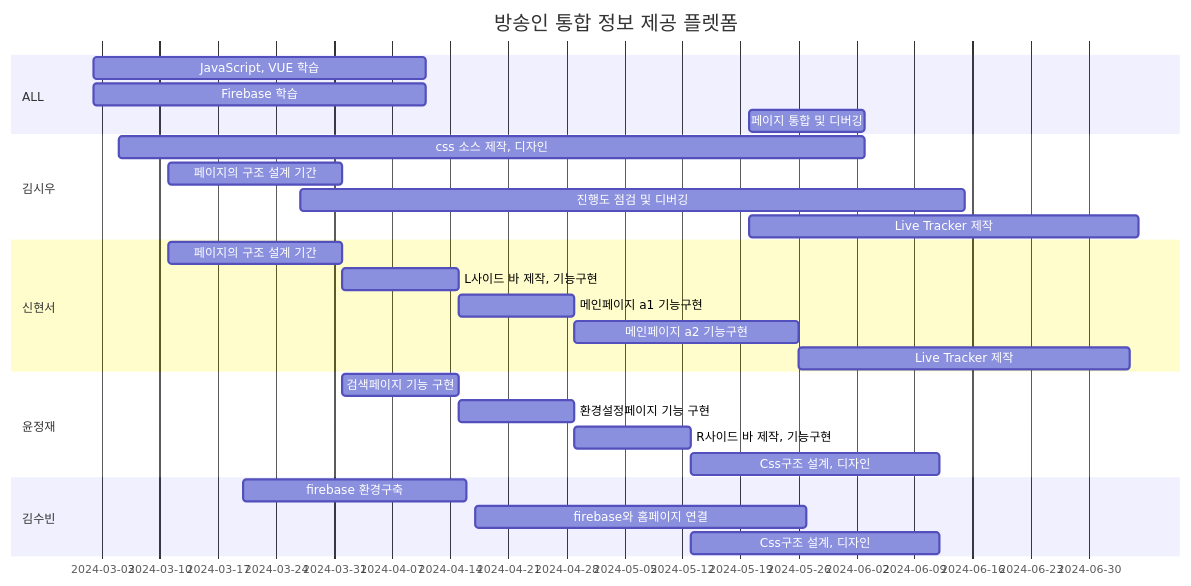
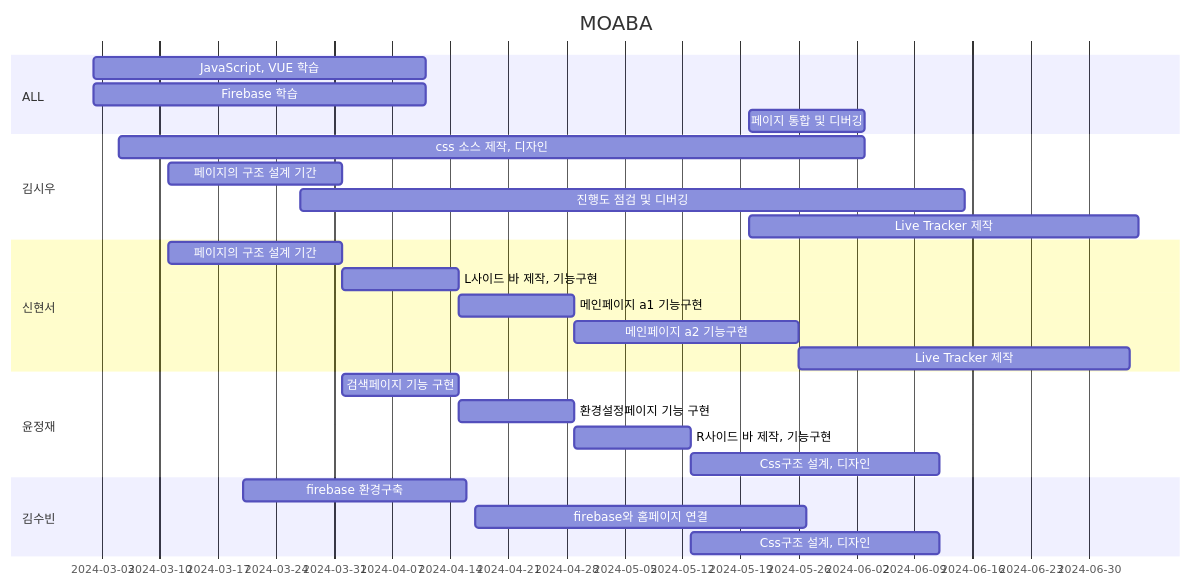
Before and after one commit to kimsiwoo12/kimsiwoo12: the diagram in README.md, drawn with Mermaid. The commit also changed other lines of this file, not shown here.

````diff
--- a/README.md
+++ b/README.md
@@ -8,34 +8,34 @@
 ```mermaid
 gantt
-    title 방송인 통합 정보 제공 플렛폼
+    title MOABA
     dateFormat  YYYY-MM-DD
 
     section ALL
     JavaScript, VUE 학습     :a1, 2024-03-02, 40d
     Firebase 학습            :a2, 2024-03-02, 40d
     페이지 통합 및 디버깅    :a3, 2024-05-20, 14d
 
     section 김시우
     css 소스 제작, 디자인    :a1, 2024-03-05, 90d
     페이지의 구조 설계 기간  :a2, 2024-03-11, 21d
     진행도 점검 및 디버깅    :a3, 2024-03-27, 80d
     Live Tracker 제작        :a4, 2024-05-20, 47d
 
     section 신현서
     페이지의 구조 설계 기간     :a1, 2024-03-11, 21d
     L사이드 바 제작, 기능구현   :a2, 2024-04-01, 14d
     메인페이지 a1 기능구현      :a3, 2024-04-15, 14d
     메인페이지 a2 기능구현      :a4, 2024-04-29, 27d
     Live Tracker 제작           :a5, 2024-05-26, 40d
 
     section 윤정재
     검색페이지 기능 구현          :a1, 2024-04-01, 14d
     환경설정페이지 기능 구현      :a2, 2024-04-15, 14d
     R사이드 바 제작, 기능구현     :a3, 2024-04-29, 14d
     Css구조 설계, 디자인          :a4, 2024-05-13, 30d
 
     section 김수빈
     firebase 환경구축        :a1, 2024-03-20, 27d
     firebase와 홈페이지 연결 :a2, 2024-04-17, 40d
     Css구조 설계, 디자인     :a3, 2024-05-13, 30d
 ```
````
